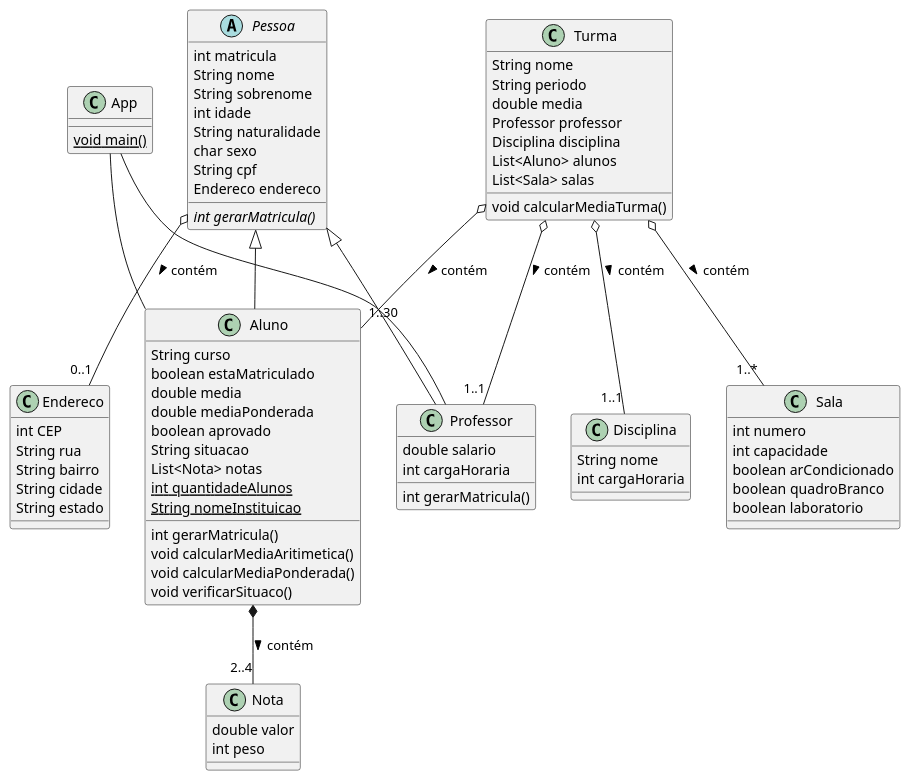
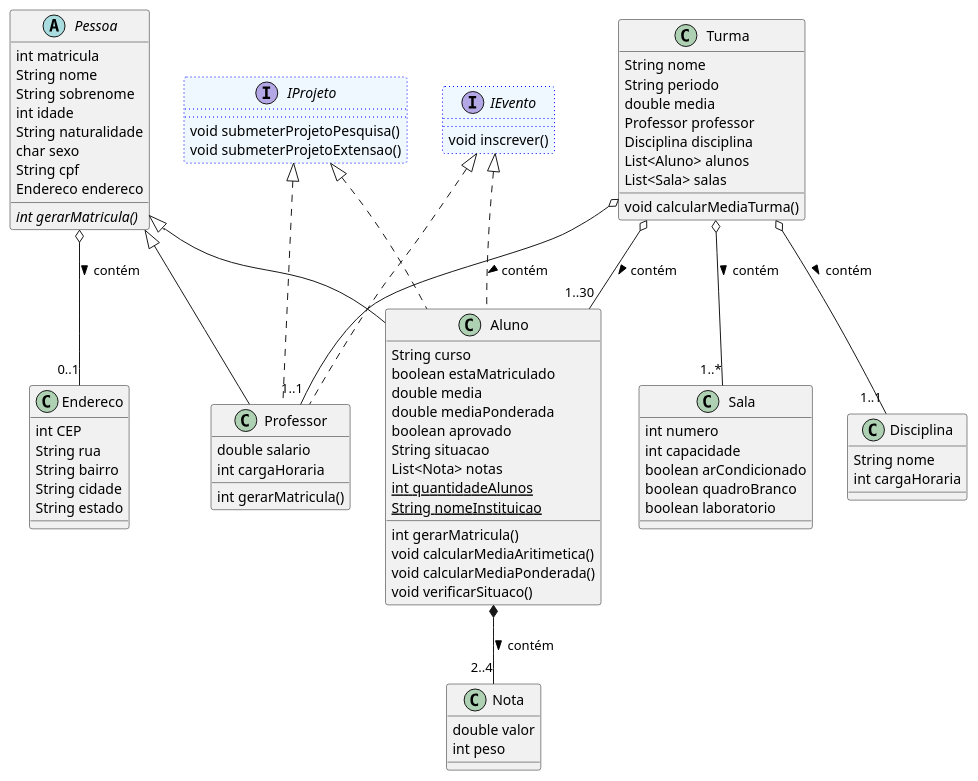
One commit to diegoarmandoo/academico-api changed the diagram in diagramas/DiagramaClasse.wsd. Above: the diagram before and after it, drawn with PlantUML.

Commit message:
feat:(Diagramas): refatora o diagrama para representar as interfaces
- Interface IProjeto e IEvento
- Professor e Aluno implementando as interfaces

```diff
--- a/diagramas/DiagramaClasse.wsd
+++ b/diagramas/DiagramaClasse.wsd
@@ -1,96 +1,106 @@
 @startuml Academico
-
-    Class App {
-        {static} void main()
-    }
 
     Class Endereco {
         int CEP
         String rua
         String bairro
         String cidade
         String estado
     }
 
     abstract Class Pessoa {
         int matricula
         String nome
         String sobrenome
         int idade
         String naturalidade
         char sexo
         String cpf
         Endereco endereco
 
         {abstract} int gerarMatricula()
     }
 
     Class Nota {
         double valor
         int peso
     }
 
     Class Aluno {
         String curso 
         boolean estaMatriculado
         double media
         double mediaPonderada
         boolean aprovado
         String situacao
         List<Nota> notas
         {static} int quantidadeAlunos
         {static} String nomeInstituicao
 
         int gerarMatricula()
         void calcularMediaAritimetica()
         void calcularMediaPonderada()
         void verificarSituaco()
     }
 
     Class Professor {
         double salario
         int cargaHoraria
         
         int gerarMatricula()
     }
 
     Class Disciplina {
         String nome
         int cargaHoraria
     }
 
     Class Sala {
         int numero
         int capacidade
         boolean arCondicionado
         boolean quadroBranco
         boolean laboratorio
     }
 
     Class Turma {
         String nome
         String periodo
         double media
         Professor professor
         Disciplina disciplina
         List<Aluno> alunos
         List<Sala> salas
 
         void calcularMediaTurma()
     }
 
-    App -- Aluno
-    App -- Professor
+    interface IProjeto #aliceblue ##[dotted]blue {
+
+        void submeterProjetoPesquisa()
+        void submeterProjetoExtensao()
+
+    }
+
+    interface IEvento #aliceblue ##[dotted]blue {
+
+        void inscrever()
+    }
 
     Pessoa <|-- Aluno
     Pessoa <|-- Professor
     Pessoa o-- "0..1" Endereco : contém >
 
     Aluno *-- "2..4" Nota : contém >
 
     Turma o-- "1..1" Professor : contém >
     Turma o-- "1..1" Disciplina : contém >
     Turma o-- "1..30" Aluno : contém >
     Turma o-- "1..*" Sala : contém >
 
+    IProjeto <|.. Professor
+    IProjeto <|.. Aluno
+    IEvento <|.. Professor
+    IEvento <|.. Aluno
+
 @enduml
```
